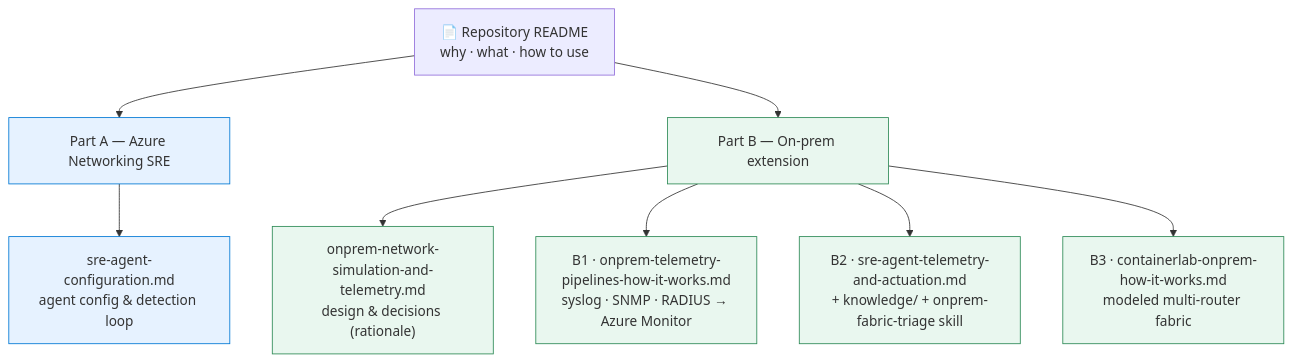
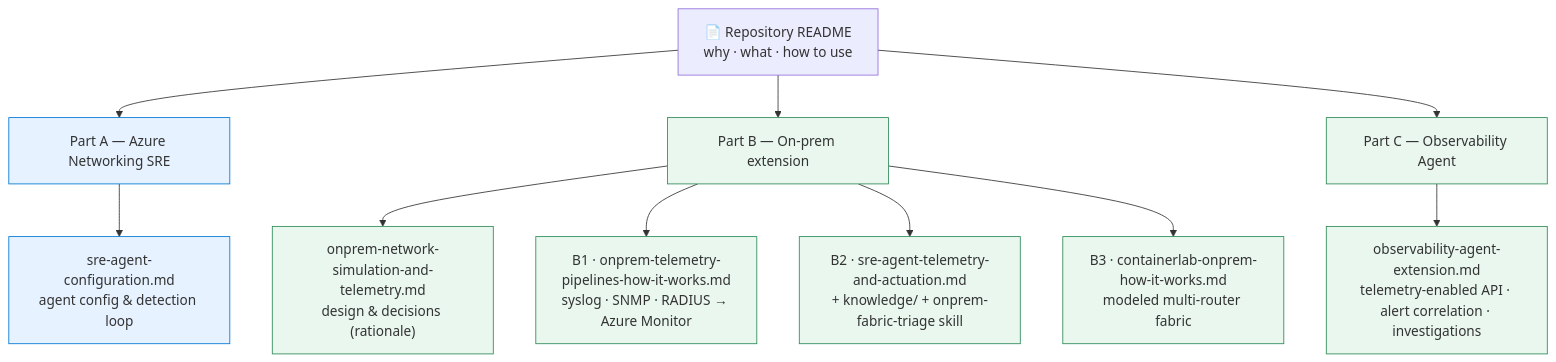
The diagram in docs/README.md (erjosito/networking-sre-agent), drawn with Mermaid before and after one commit. The commit also changed other lines of this file and 14 other files, not shown here.

First line of the commit message:
feat: add observability agent demo

````diff
--- a/docs/README.md
+++ b/docs/README.md
@@ -11,18 +11,21 @@
 ```mermaid
 flowchart TB
     root["📄 Repository README<br/>why · what · how to use"]
     root --> A["Part A — Azure Networking SRE"]
     root --> B["Part B — On-prem extension"]
+    root --> C["Part C — Observability Agent"]
 
     A --> acfg["sre-agent-configuration.md<br/>agent config & detection loop"]
 
     B --> rationale["onprem-network-simulation-and-telemetry.md<br/>design & decisions (rationale)"]
     B --> b1["B1 · onprem-telemetry-pipelines-how-it-works.md<br/>syslog · SNMP · RADIUS → Azure Monitor"]
     B --> b2["B2 · sre-agent-telemetry-and-actuation.md<br/>+ knowledge/ + onprem-fabric-triage skill"]
     B --> b3["B3 · containerlab-onprem-how-it-works.md<br/>modeled multi-router fabric"]
+    C --> c1["observability-agent-extension.md<br/>telemetry-enabled API · alert correlation · investigations"]
 
     classDef base fill:#e6f2ff,stroke:#0078d4;
     classDef ext fill:#e9f7ef,stroke:#2e8b57;
     class A,acfg base
     class B,rationale,b1,b2,b3 ext
+    class C,c1 ext
 ```
````
